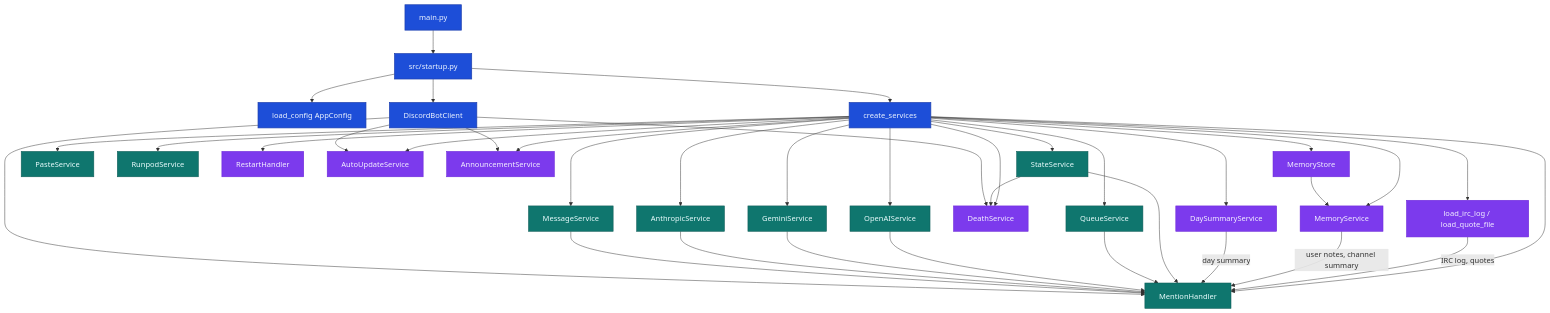
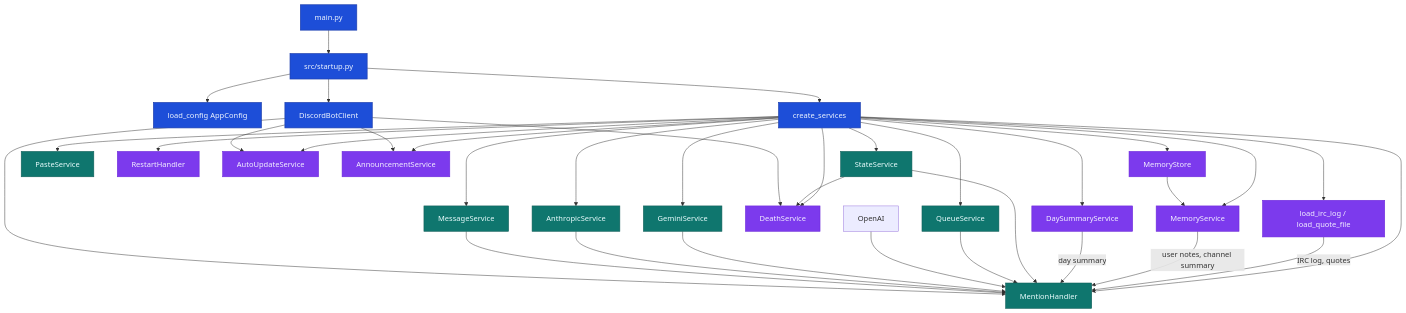
The second of 5 diagrams in docs/architecture.md (jobeus/cmwgpt), drawn with Mermaid before and after one commit. The commit also changed other lines of this file and 56 other files, not shown here.

First line of the commit message:
feat!: drop OpenRouter and Runpod; Claude API and Gemini only

````diff
--- a/docs/architecture.md
+++ b/docs/architecture.md
@@ -100,53 +99,51 @@
 ```mermaid
 flowchart TB
     classDef core fill:#1d4ed8,color:#eff6ff,stroke:#1e40af,stroke-width:1.5px;
     classDef svc fill:#0f766e,color:#ecfeff,stroke:#115e59,stroke-width:1.2px;
     classDef aux fill:#7c3aed,color:#f5f3ff,stroke:#6d28d9,stroke-width:1.2px;
 
     Main[main.py]:::core --> Startup[src/startup.py]:::core
     Startup --> Config[load_config AppConfig]:::core
     Startup --> Factory[create_services]:::core
     Factory --> State[StateService]:::svc
     Factory --> Queue[QueueService]:::svc
-    Factory --> OpenAI[OpenAIService]:::svc
     Factory --> Gemini[GeminiService]:::svc
     Factory --> Anthropic[AnthropicService]:::svc
     Factory --> Paste[PasteService]:::svc
     Factory --> Message[MessageService]:::svc
-    Factory --> Runpod[RunpodService]:::svc
     Factory --> Restart[RestartHandler]:::aux
     Factory --> AutoUpdate[AutoUpdateService]:::aux
     Factory --> Announce[AnnouncementService]:::aux
 
     Factory --> Death[DeathService]:::aux
     Factory --> MemStore[MemoryStore]:::aux
     Factory --> Memory[MemoryService]:::aux
     Factory --> DaySummary[DaySummaryService]:::aux
     Factory --> Mention[MentionHandler]:::svc
     Factory --> IrcLog[load_irc_log / load_quote_file]:::aux
     IrcLog -->|IRC log, quotes| Mention
 
     MemStore --> Memory
     Memory -->|user notes, channel summary| Mention
     DaySummary -->|day summary| Mention
 
 
     State --> Death
     State --> Mention
     Queue --> Mention
 
     OpenAI --> Mention
 
     Gemini --> Mention
 
     Anthropic --> Mention
 
     Message --> Mention
 
     Startup --> Client[DiscordBotClient]:::core
     Client --> Mention
     Client --> AutoUpdate
     Client --> Announce
 
     Client --> Death
 ```
````
